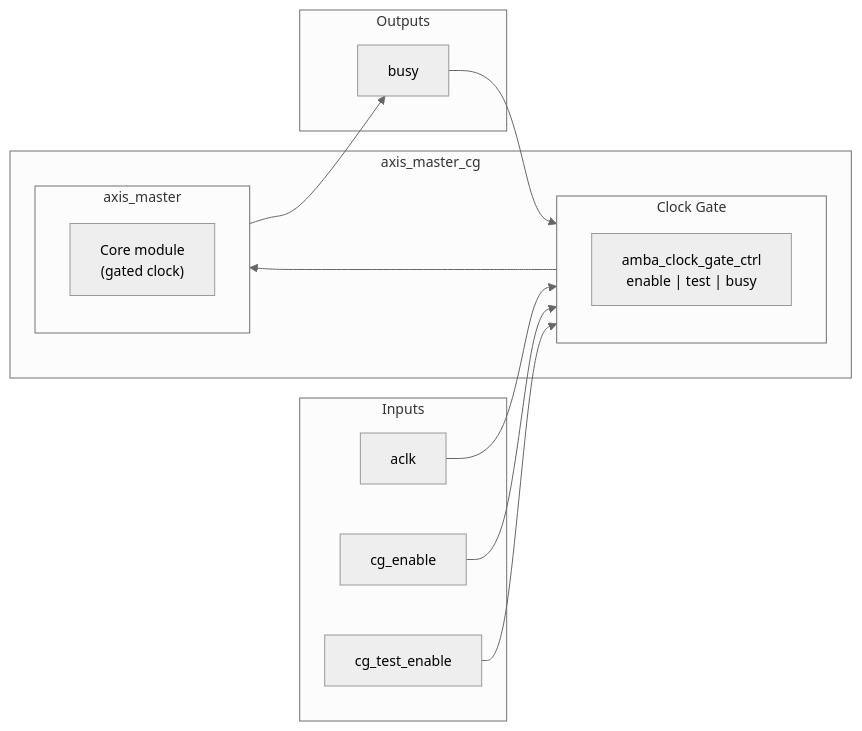
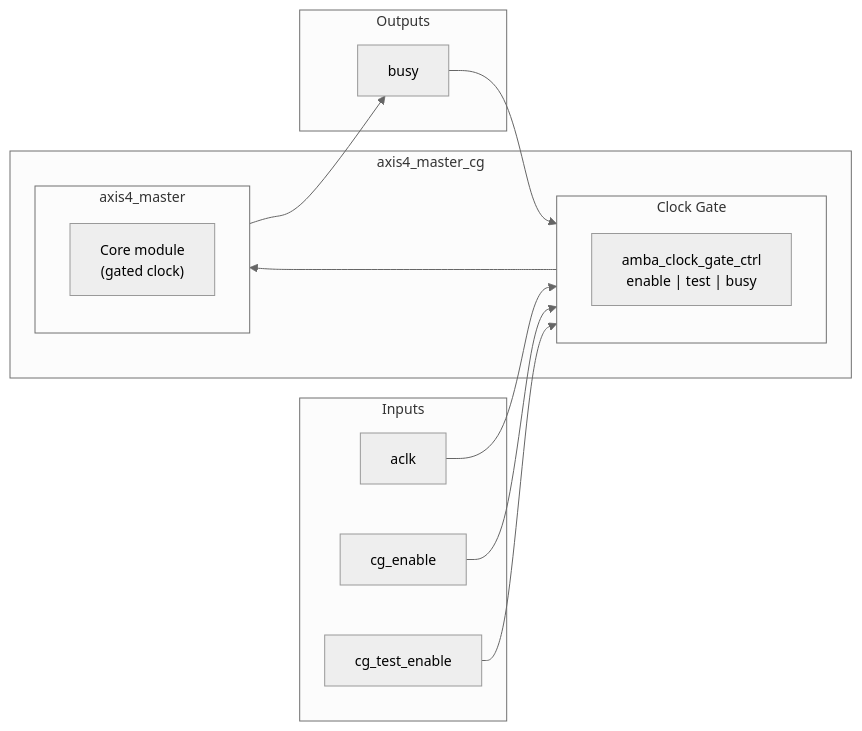
Before and after one commit to sean-galloway/RTLDesignSherpa: the diagram in docs/markdown/assets/rtl-amba/axis_master_cg.mmd, drawn with Mermaid. The commit also changed 47 other files, not shown here.

```diff
--- a/docs/markdown/assets/rtl-amba/axis_master_cg.mmd
+++ b/docs/markdown/assets/rtl-amba/axis_master_cg.mmd
@@ -1,28 +1,28 @@
 %%{init: {'theme': 'neutral', 'themeVariables': { 'fontSize': '14px'}}}%%
 flowchart LR
     subgraph Inputs
         CLK[aclk]
         CG_EN[cg_enable]
         CG_TEST[cg_test_enable]
     end
 
-    subgraph axis_master_cg["axis_master_cg"]
+    subgraph axis4_master_cg["axis4_master_cg"]
         subgraph ICG["Clock Gate"]
             GATE["amba_clock_gate_ctrl\nenable | test | busy"]
         end
 
-        subgraph Core["axis_master"]
+        subgraph Core["axis4_master"]
             CORE["Core module\n(gated clock)"]
         end
     end
 
     subgraph Outputs
         BUSY[busy]
     end
 
     CLK --> ICG
     CG_EN --> ICG
     CG_TEST --> ICG
     ICG --> Core
     Core --> BUSY
     BUSY --> ICG
```
